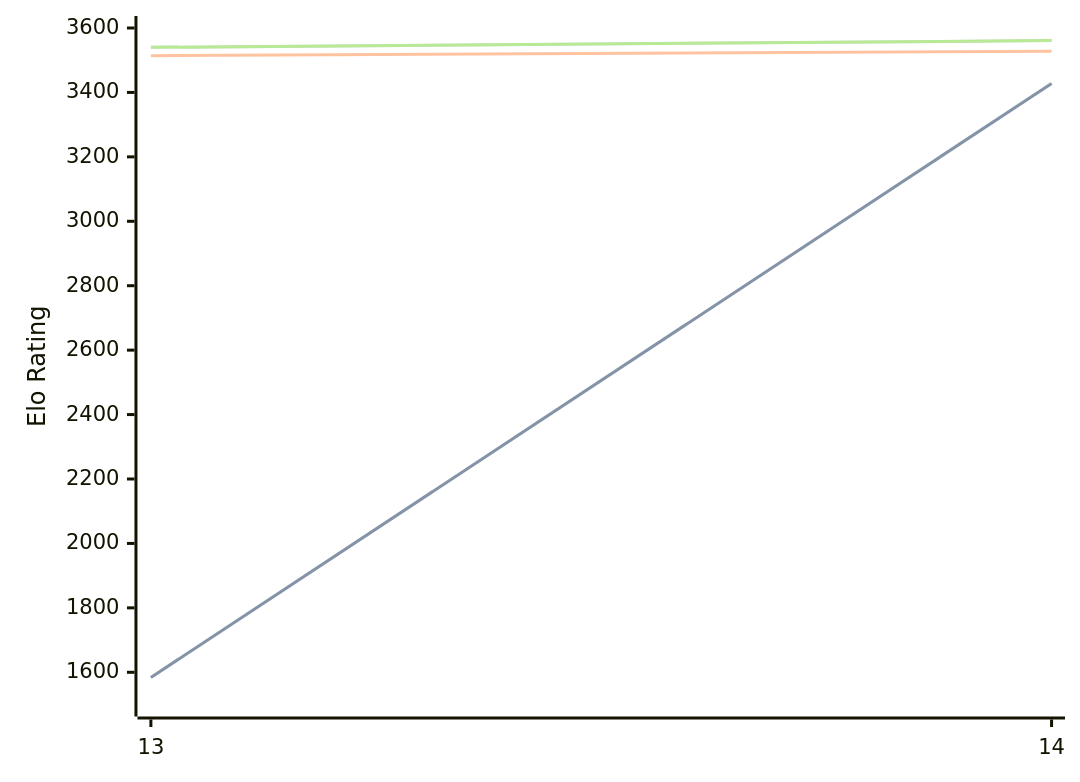
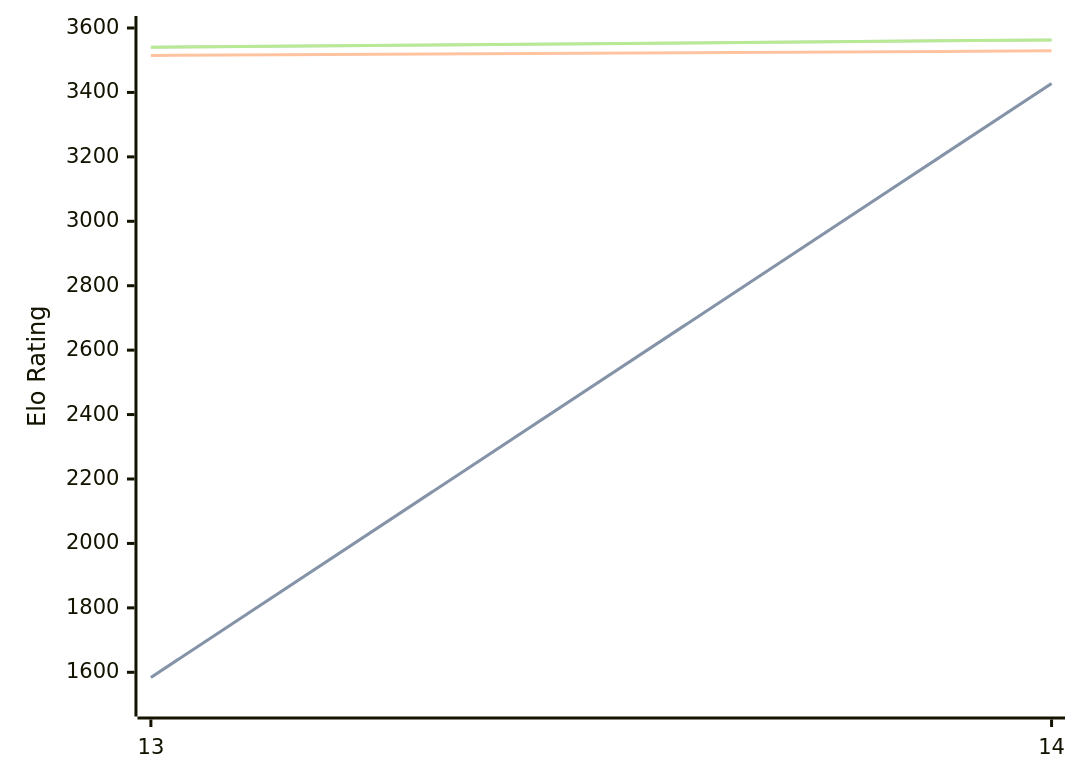
The first of 3 diagrams in engines/Berserk.md (computer-chess-index/cci), drawn with Mermaid before and after one commit. The commit also changed other lines of this file, not shown here.

Commit message:
Update CCI Ratings (ELO VLTC) - 2026-07-12

````diff
--- a/engines/Berserk.md
+++ b/engines/Berserk.md
@@ -63,11 +63,11 @@
 ```mermaid
 %%{init: {"theme":"base","themeVariables":{"seriesColors:['#a3a3a3','#222221','#faa371']}}}%%
 xychart-beta
   x-axis ["13", "14"]
   y-axis "Elo Rating" 1500 --> 3600
   line "STC (8.0+0.08s)" [1584, 3428]
   line "STC (8.0+0.08s)" [1584, 3428]
-  line "LTC (60.0+0.60s)" [3514, 3528]
-  line "VLTC (2m24s+1.12s)" [3540, 3561]
-  line "VLTC (2m24s+1.12s)" [3540, 3561]
+  line "LTC (60.0+0.60s)" [3515, 3529]
+  line "VLTC (2m24s+1.12s)" [3540, 3563]
+  line "VLTC (2m24s+1.12s)" [3540, 3563]
 ```
````
